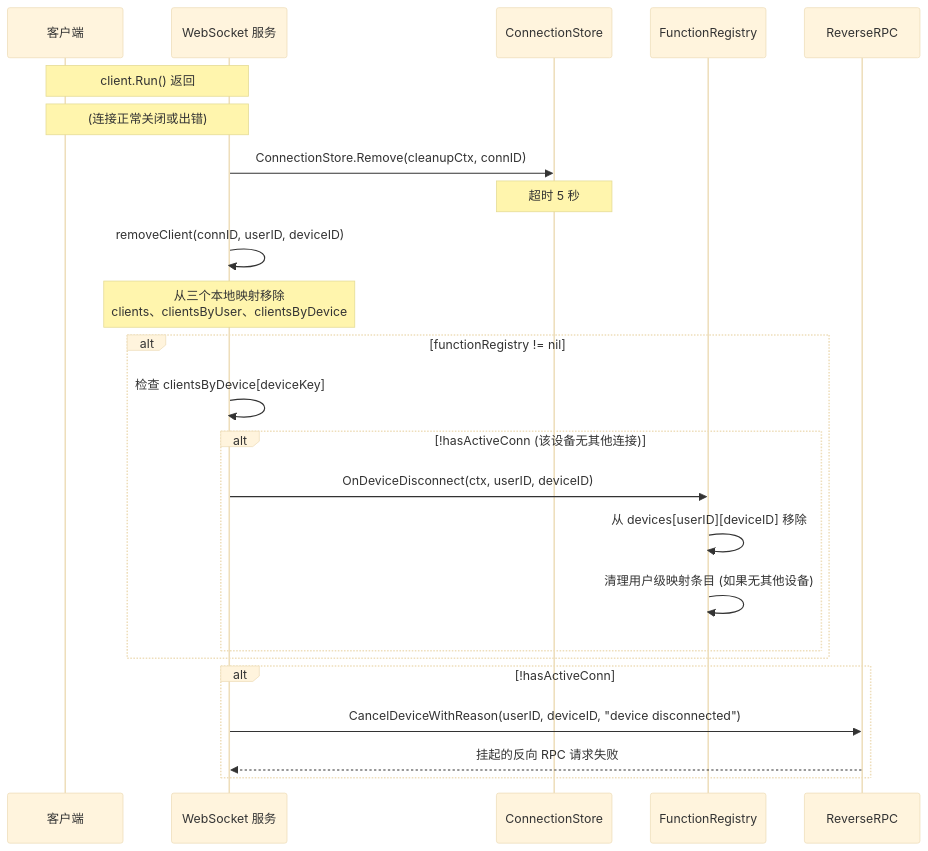
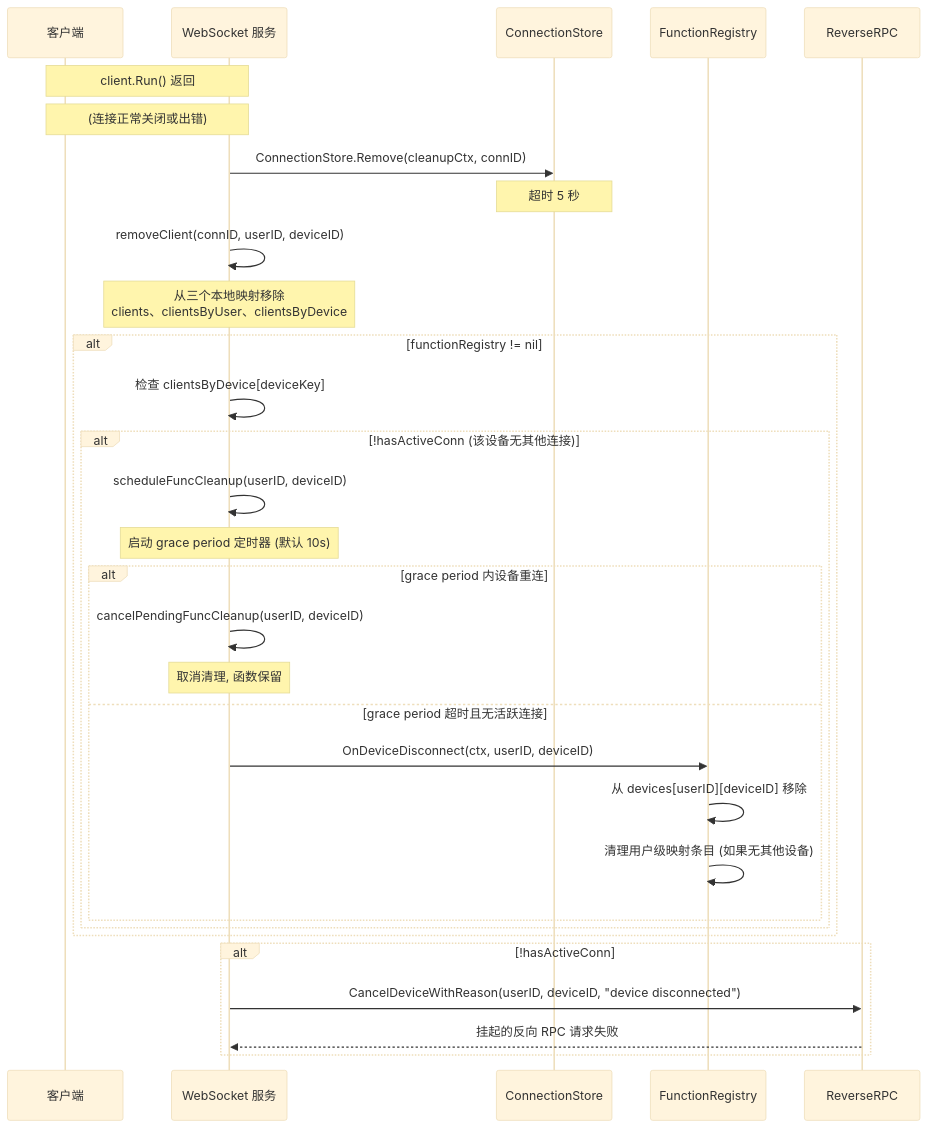
The fourth of 8 diagrams in wiki/flows/client-registration.md (PineappleBond/xyncra-server), drawn with Mermaid (base theme) before and after one commit. The commit also changed other lines of this file and 8 other files, not shown here.

First line of the commit message:
docs(wiki): update flow docs with accuracy fixes and additional details

````diff
--- a/wiki/flows/client-registration.md
+++ b/wiki/flows/client-registration.md
@@ -271,31 +271,38 @@
 ```mermaid
 sequenceDiagram
     participant C as 客户端
     participant WS as WebSocket 服务
     participant CS as ConnectionStore
     participant FR as FunctionRegistry
     participant RR as ReverseRPC
 
     Note over C,WS: client.Run() 返回
     Note over C,WS: (连接正常关闭或出错)
 
     WS->>CS: ConnectionStore.Remove(cleanupCtx, connID)
     Note over CS: 超时 5 秒
 
     WS->>WS: removeClient(connID, userID, deviceID)
     Note over WS: 从三个本地映射移除<br/>clients、clientsByUser、clientsByDevice
 
     alt functionRegistry != nil
         WS->>WS: 检查 clientsByDevice[deviceKey]
         alt !hasActiveConn (该设备无其他连接)
-            WS->>FR: OnDeviceDisconnect(ctx, userID, deviceID)
-            FR->>FR: 从 devices[userID][deviceID] 移除
-            FR->>FR: 清理用户级映射条目 (如果无其他设备)
+            WS->>WS: scheduleFuncCleanup(userID, deviceID)
+            Note over WS: 启动 grace period 定时器 (默认 10s)
+            alt grace period 内设备重连
+                WS->>WS: cancelPendingFuncCleanup(userID, deviceID)
+                Note over WS: 取消清理, 函数保留
+            else grace period 超时且无活跃连接
+                WS->>FR: OnDeviceDisconnect(ctx, userID, deviceID)
+                FR->>FR: 从 devices[userID][deviceID] 移除
+                FR->>FR: 清理用户级映射条目 (如果无其他设备)
+            end
         end
     end
 
     alt !hasActiveConn
         WS->>RR: CancelDeviceWithReason(userID, deviceID, "device disconnected")
         RR-->>WS: 挂起的反向 RPC 请求失败
     end
 ```
````
